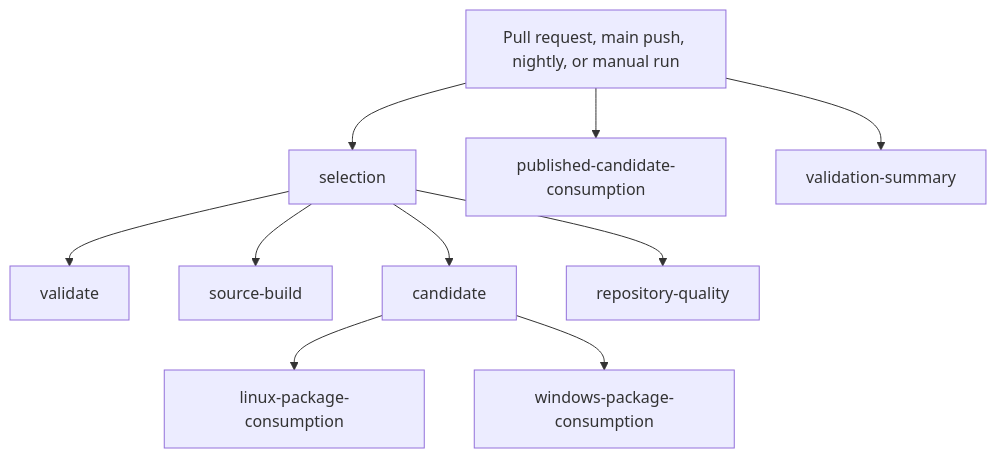
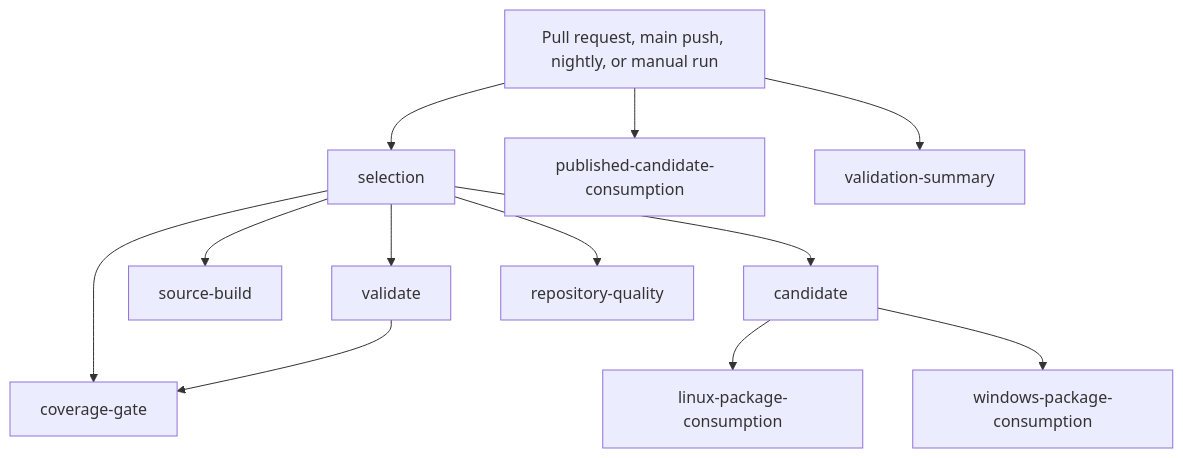
The second of 2 diagrams in docs/architecture/README.md (danigutsch/PandaBear.SharedKernel), drawn with Mermaid before and after one commit. The commit also changed 6 other files, not shown here.

````diff
--- a/docs/architecture/README.md
+++ b/docs/architecture/README.md
@@ -165,22 +165,25 @@
 ```mermaid
 flowchart TB
     trigger[Pull request, main push, nightly, or manual run]
     selection[selection]
     validate[validate]
+    coverage_gate[coverage-gate]
     source_build[source-build]
     candidate[candidate]
     linux_package_consumption[linux-package-consumption]
     windows_package_consumption[windows-package-consumption]
     repository_quality[repository-quality]
     published_candidate_consumption[published-candidate-consumption]
     validation_summary[validation-summary]
     trigger --> selection
     selection --> validate
+    selection --> coverage_gate
+    validate --> coverage_gate
     selection --> source_build
     selection --> candidate
     candidate --> linux_package_consumption
     candidate --> windows_package_consumption
     selection --> repository_quality
     trigger --> published_candidate_consumption
     trigger --> validation_summary
 ```
````
